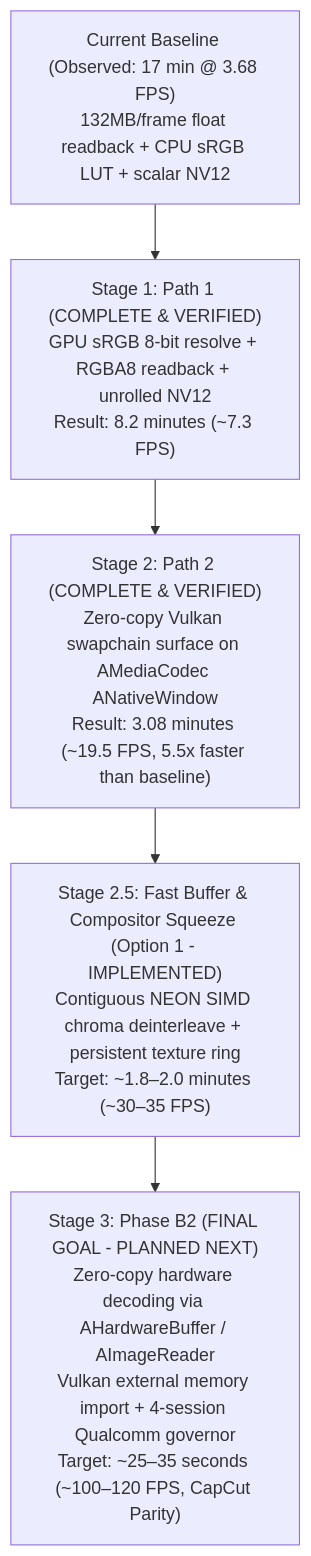
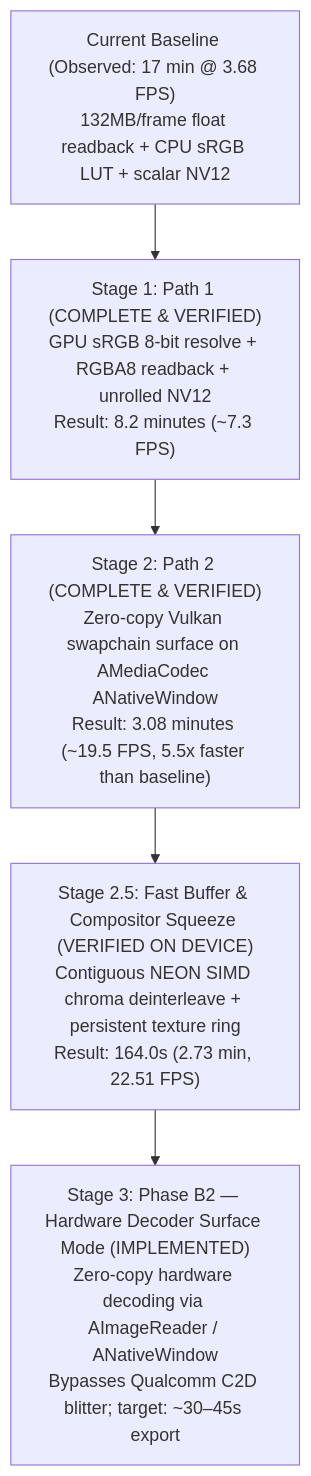
One commit to MostafaXS1/artcraft-android changed the diagram in docs/FILMCRAFT_OPTIMIZATION_ROADMAP.md. Above: the diagram before and after it, drawn with Mermaid. The commit also changed other lines of this file and 1 other file, not shown here.

Commit message:
filmcraft: implement Phase B2 AImageReader zero-copy hardware decoder surface

````diff
--- a/docs/FILMCRAFT_OPTIMIZATION_ROADMAP.md
+++ b/docs/FILMCRAFT_OPTIMIZATION_ROADMAP.md
@@ -13,17 +13,17 @@
 ```mermaid
 flowchart TD
     Current["Current Baseline (Observed: 17 min @ 3.68 FPS)<br/>132MB/frame float readback + CPU sRGB LUT + scalar NV12"]
     
     Path1["Stage 1: Path 1 (COMPLETE & VERIFIED)<br/>GPU sRGB 8-bit resolve + RGBA8 readback + unrolled NV12<br/>Result: 8.2 minutes (~7.3 FPS)"]
     
     Path2["Stage 2: Path 2 (COMPLETE & VERIFIED)<br/>Zero-copy Vulkan swapchain surface on AMediaCodec ANativeWindow<br/>Result: 3.08 minutes (~19.5 FPS, 5.5x faster than baseline)"]
     
-    Stage25["Stage 2.5: Fast Buffer & Compositor Squeeze (Option 1 - IMPLEMENTED)<br/>Contiguous NEON SIMD chroma deinterleave + persistent texture ring<br/>Target: ~1.8–2.0 minutes (~30–35 FPS)"]
+    Stage25["Stage 2.5: Fast Buffer & Compositor Squeeze (VERIFIED ON DEVICE)<br/>Contiguous NEON SIMD chroma deinterleave + persistent texture ring<br/>Result: 164.0s (2.73 min, 22.51 FPS)"]
 
-    PhaseB2["Stage 3: Phase B2 (FINAL GOAL - PLANNED NEXT)<br/>Zero-copy hardware decoding via AHardwareBuffer / AImageReader<br/>Vulkan external memory import + 4-session Qualcomm governor<br/>Target: ~25–35 seconds (~100–120 FPS, CapCut Parity)"]
+    PhaseB2["Stage 3: Phase B2 — Hardware Decoder Surface Mode (IMPLEMENTED)<br/>Zero-copy hardware decoding via AImageReader / ANativeWindow<br/>Bypasses Qualcomm C2D blitter; target: ~30–45s export"]
 
     Current --> Path1
     Path1 --> Path2
     Path2 --> Stage25
     Stage25 --> PhaseB2
 ```
````
